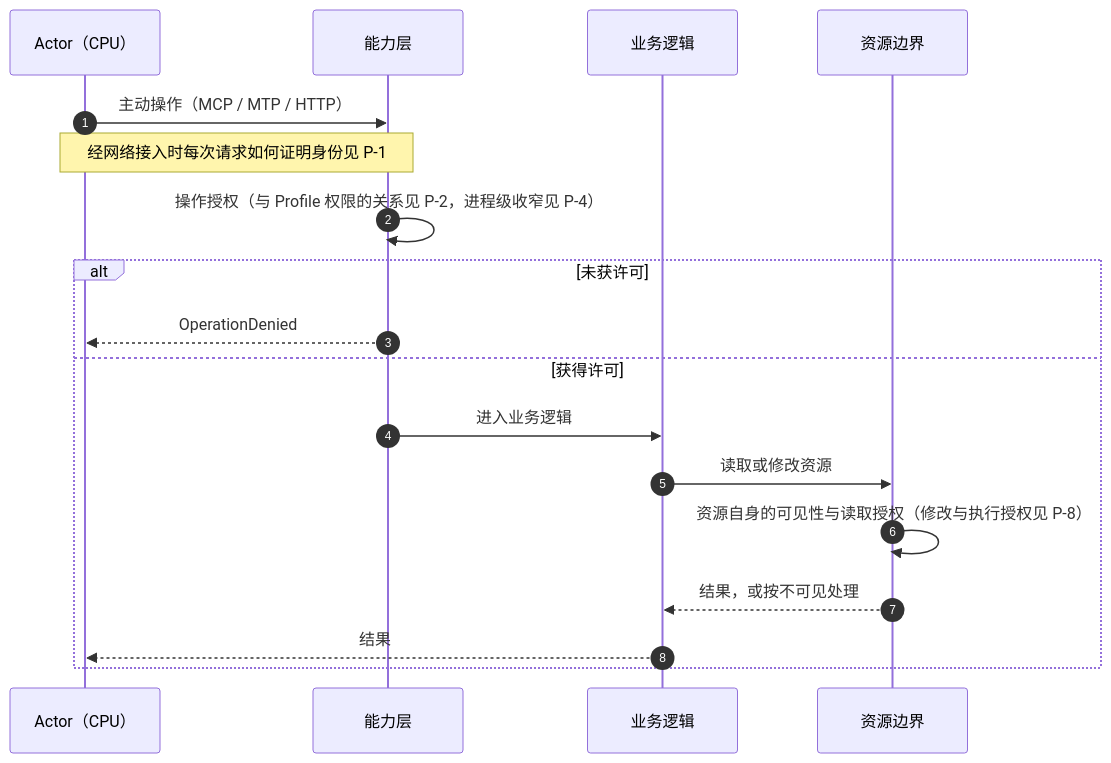
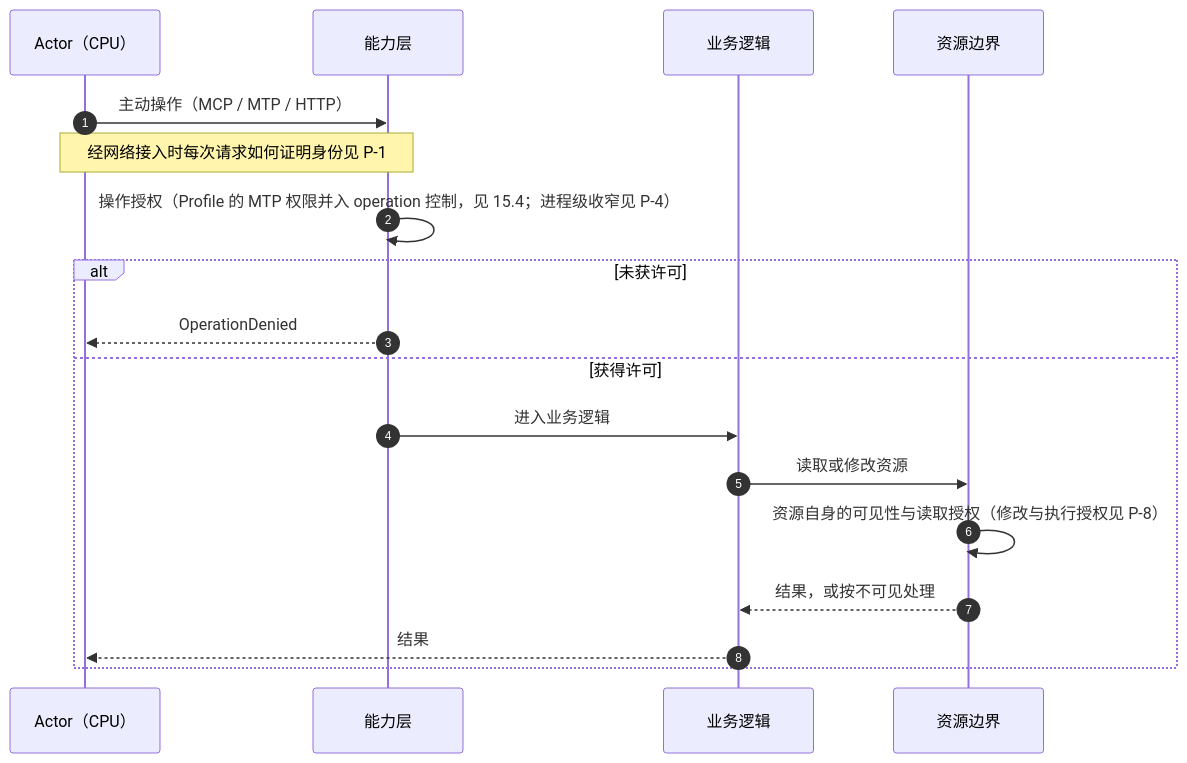
The fifth of 5 diagrams in docs/ideas/workspace-network-task-process-architecture.md (artemis03976/HiveMemory), drawn with Mermaid before and after one commit. The commit also changed other lines of this file and 179 other files, not shown here.

````diff
--- a/docs/ideas/workspace-network-task-process-architecture.md
+++ b/docs/ideas/workspace-network-task-process-architecture.md
@@ -573,20 +646,20 @@
 ```mermaid
 sequenceDiagram
     autonumber
     participant A as Actor（CPU）
     participant C as 能力层
     participant B as 业务逻辑
     participant R as 资源边界
     A->>C: 主动操作（MCP / MTP / HTTP）
     Note over A,C: 经网络接入时每次请求如何证明身份见 P-1
-    C->>C: 操作授权（与 Profile 权限的关系见 P-2，进程级收窄见 P-4）
+    C->>C: 操作授权（Profile 的 MTP 权限并入 operation 控制，见 15.4；进程级收窄见 P-4）
     alt 未获许可
         C-->>A: OperationDenied
     else 获得许可
         C->>B: 进入业务逻辑
         B->>R: 读取或修改资源
         R->>R: 资源自身的可见性与读取授权（修改与执行授权见 P-8）
         R-->>B: 结果，或按不可见处理
         B-->>A: 结果
     end
 ```
````
